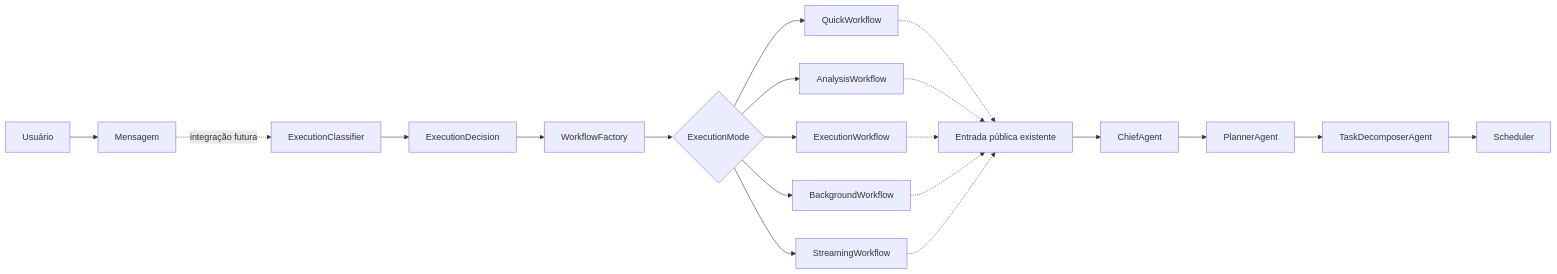
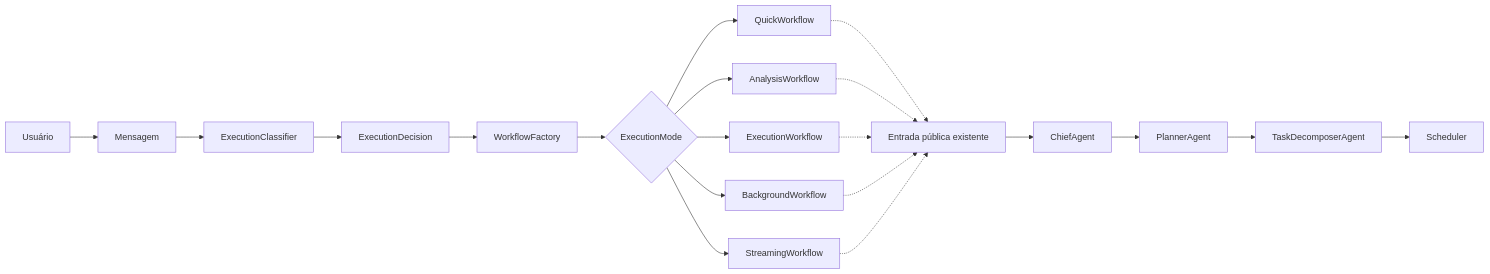
One commit to eltonjr13/kaoz.1 changed the first of 2 diagrams in docs/EXECUTION_CLASSIFIER.md. Above: the diagram before and after it, drawn with Mermaid. The commit also changed other lines of this file and 31 other files, not shown here.

Commit message:
multi-agent orchestration architecture including chief, execution, workflow, and flow agent services

````diff
--- a/docs/EXECUTION_CLASSIFIER.md
+++ b/docs/EXECUTION_CLASSIFIER.md
@@ -16,22 +16,22 @@
 ```mermaid
 flowchart LR
     U["Usuário"] --> M["Mensagem"]
-    M -. "integração futura" .-> EC["ExecutionClassifier"]
+    M --> EC["ExecutionClassifier"]
     EC --> ED["ExecutionDecision"]
     ED --> WF["WorkflowFactory"]
     WF --> MODE{"ExecutionMode"}
     MODE --> Q["QuickWorkflow"]
     MODE --> A["AnalysisWorkflow"]
     MODE --> E["ExecutionWorkflow"]
     MODE --> B["BackgroundWorkflow"]
     MODE --> ST["StreamingWorkflow"]
     Q -.-> API["Entrada pública existente"]
     A -.-> API
     E -.-> API
     B -.-> API
     ST -.-> API
     API --> C["ChiefAgent"]
     C --> P["PlannerAgent"]
     P --> D["TaskDecomposerAgent"]
     D --> S["Scheduler"]
 ```
````
